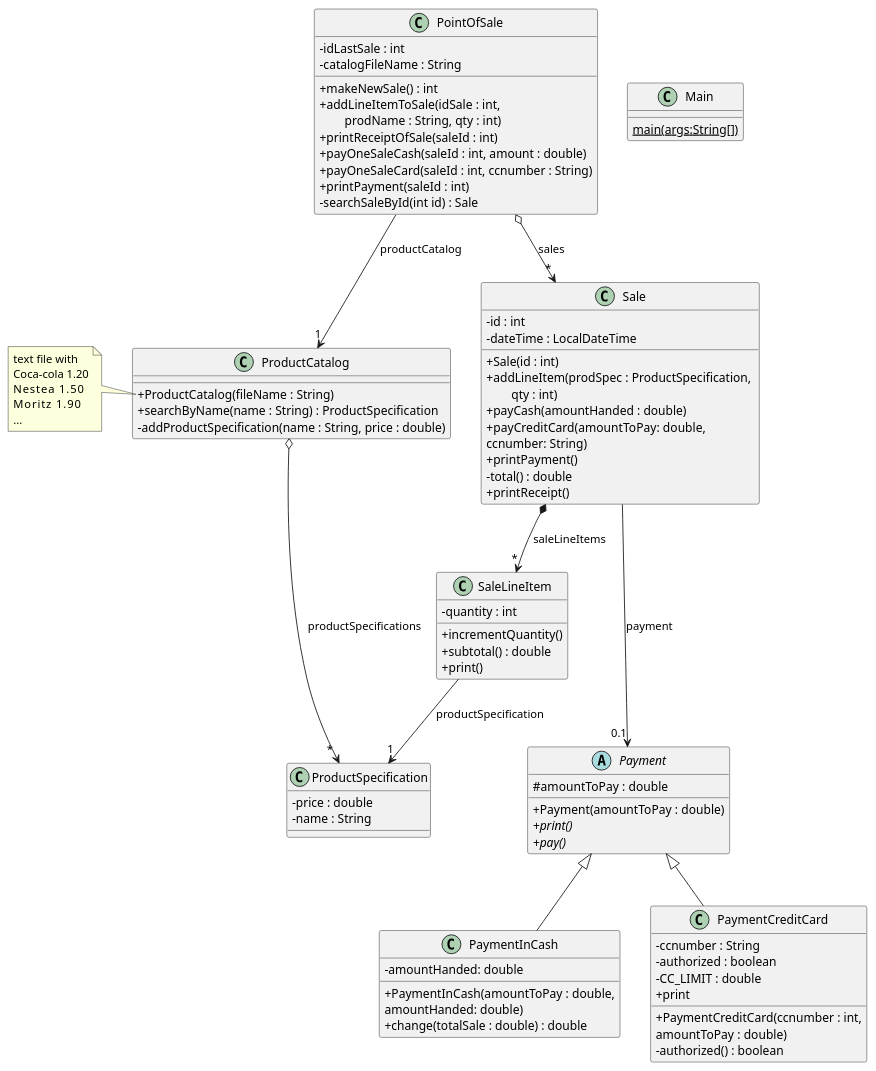
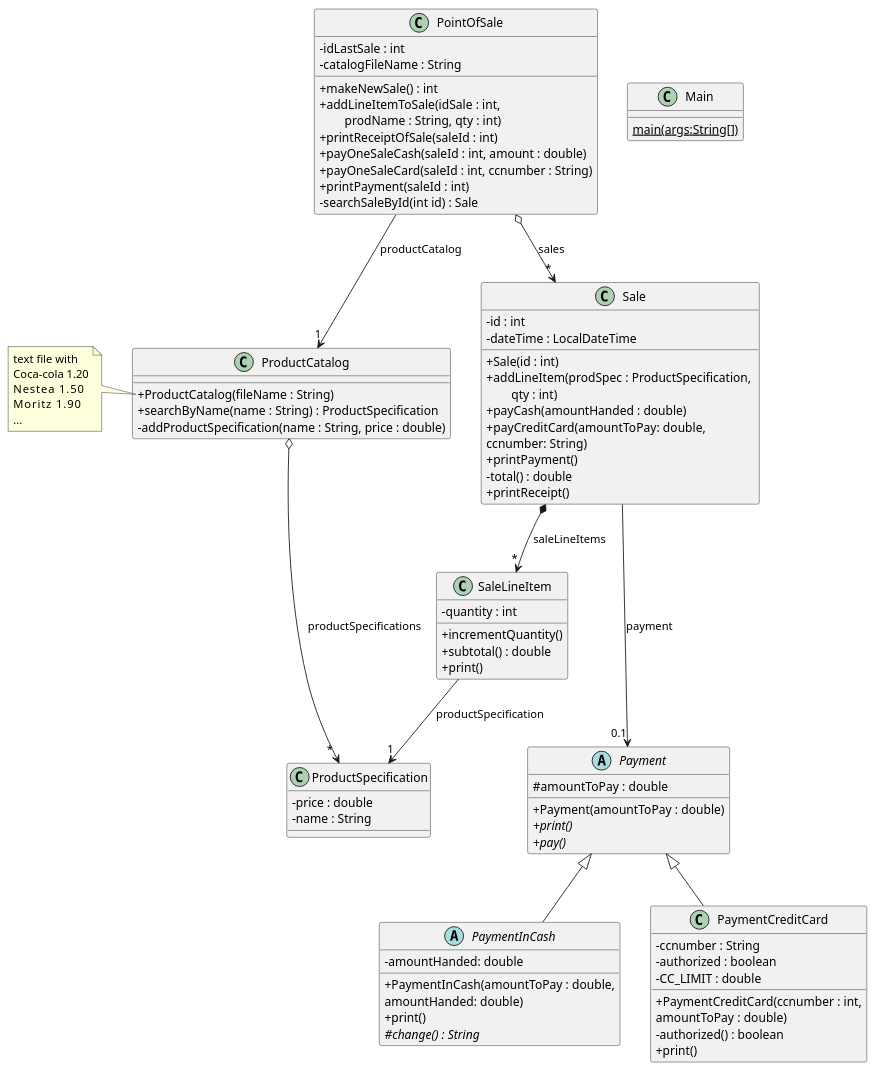
One commit to NIU1707994/DS changed the diagram in PointOfSale/src/pos/pos.puml. Above: the diagram before and after it, drawn with PlantUML. The commit also changed 15 other files, not shown here.

Commit message:
CashBox and Greedy change return need to change UML and add Random change

```diff
--- a/PointOfSale/src/pos/pos.puml
+++ b/PointOfSale/src/pos/pos.puml
@@ -1,90 +1,91 @@
 @startuml
 'https://plantuml.com/class-diagram
 skinparam classAttributeIconSize 0
 
 class Main {
 {static} main(args:String[])
 }
 
 class PointOfSale {
 - idLastSale : int
 - catalogFileName : String
 + makeNewSale() : int
 + addLineItemToSale(idSale : int, \n\tprodName : String, qty : int)
 + printReceiptOfSale(saleId : int)
 + payOneSaleCash(saleId : int, amount : double)
 + payOneSaleCard(saleId : int, ccnumber : String)
 + printPayment(saleId : int)
 - searchSaleById(int id) : Sale
 }
 
 class ProductCatalog {
 + ProductCatalog(fileName : String)
 + searchByName(name : String) : ProductSpecification
 - addProductSpecification(name : String, price : double)
 }
 
 note left of ProductCatalog::ProductCatalog {
 text file with
 Coca-cola 1.20
 Nestea    1.50
 Moritz    1.90
 ...
 }
 
 class ProductSpecification {
 - price : double
 - name : String
 }
 
 class Sale {
 - id : int
 - dateTime : LocalDateTime
 + Sale(id : int)
 + addLineItem(prodSpec : ProductSpecification, \n\tqty : int)
 + payCash(amountHanded : double)
 + payCreditCard(amountToPay: double,
         ccnumber: String)
 + printPayment()
 - total() : double
 + printReceipt()
 }
 
 abstract Payment {
 # amountToPay : double
 + Payment(amountToPay : double)
 {abstract}+ print()
 {abstract}+ pay()
 }
 
-class PaymentInCash extends Payment {
+abstract PaymentInCash extends Payment {
 -amountHanded: double
 + PaymentInCash(amountToPay : double,
  amountHanded: double)
-+ change(totalSale : double) : double
++ print()
+{abstract}# change() : String
 }
 
 class PaymentCreditCard extends Payment {
 -ccnumber : String
 -authorized : boolean
 -CC_LIMIT : double
 + PaymentCreditCard(ccnumber : int,
     amountToPay : double)
 - authorized() : boolean
-+ print
++ print()
 }
 
 class SaleLineItem {
 - quantity : int
 + incrementQuantity()
 + subtotal() : double
 + print()
 }
 
 PointOfSale o--> "*" Sale : sales
 Sale *--> "*" SaleLineItem : saleLineItems
 SaleLineItem --> "1" ProductSpecification : productSpecification
 PointOfSale --> "1" ProductCatalog : productCatalog
 ProductCatalog o--> " * " ProductSpecification : productSpecifications
 Sale ---> "0.1" Payment : payment
 @enduml
```
